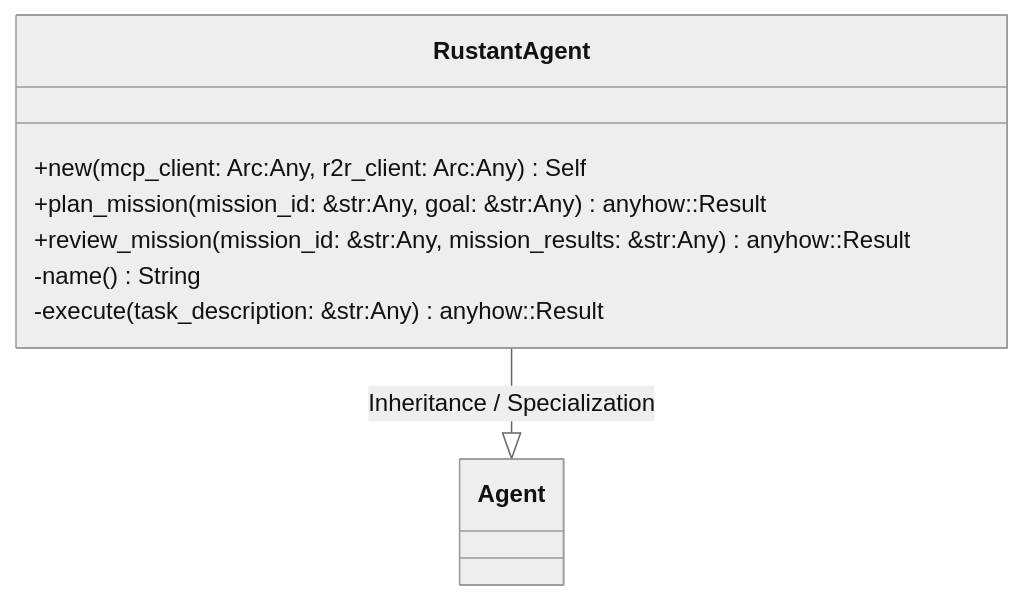
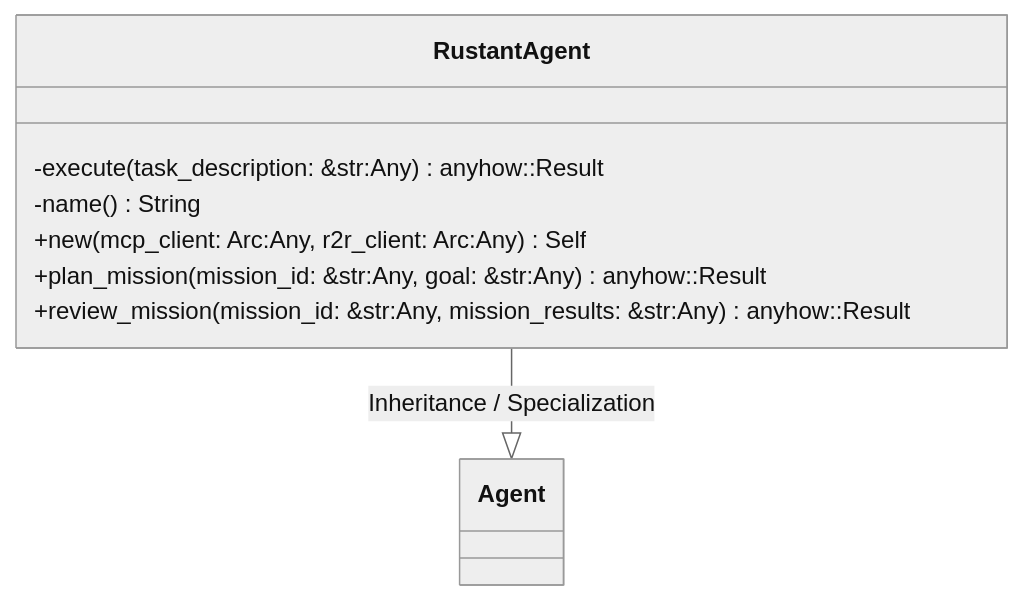
The first of 2 diagrams in openwiki/crates_factory-application_src_agents_rustant_rs.md (lgcorzo/rust_CACD_autonomous_factory), drawn with Mermaid (neutral theme) before and after one commit. The commit also changed other lines of this file and 76 other files, not shown here.

````diff
--- a/openwiki/crates_factory-application_src_agents_rustant_rs.md
+++ b/openwiki/crates_factory-application_src_agents_rustant_rs.md
@@ -140,13 +140,13 @@
 ```mermaid
 classDiagram
     direction BT
     class RustantAgent {
+        -execute(task_description: &str:Any) anyhow::Result<Value>
+        -name() String
         +new(mcp_client: Arc<dyn McpClient>:Any, r2r_client: Arc<dyn R2rClient>:Any) Self
         +plan_mission(mission_id: &str:Any, goal: &str:Any) anyhow::Result<Value>
         +review_mission(mission_id: &str:Any, mission_results: &str:Any) anyhow::Result<Value>
-        -name() String
-        -execute(task_description: &str:Any) anyhow::Result<Value>
     }
     Agent <|-- RustantAgent : Inheritance / Specialization
 
 ```
````
